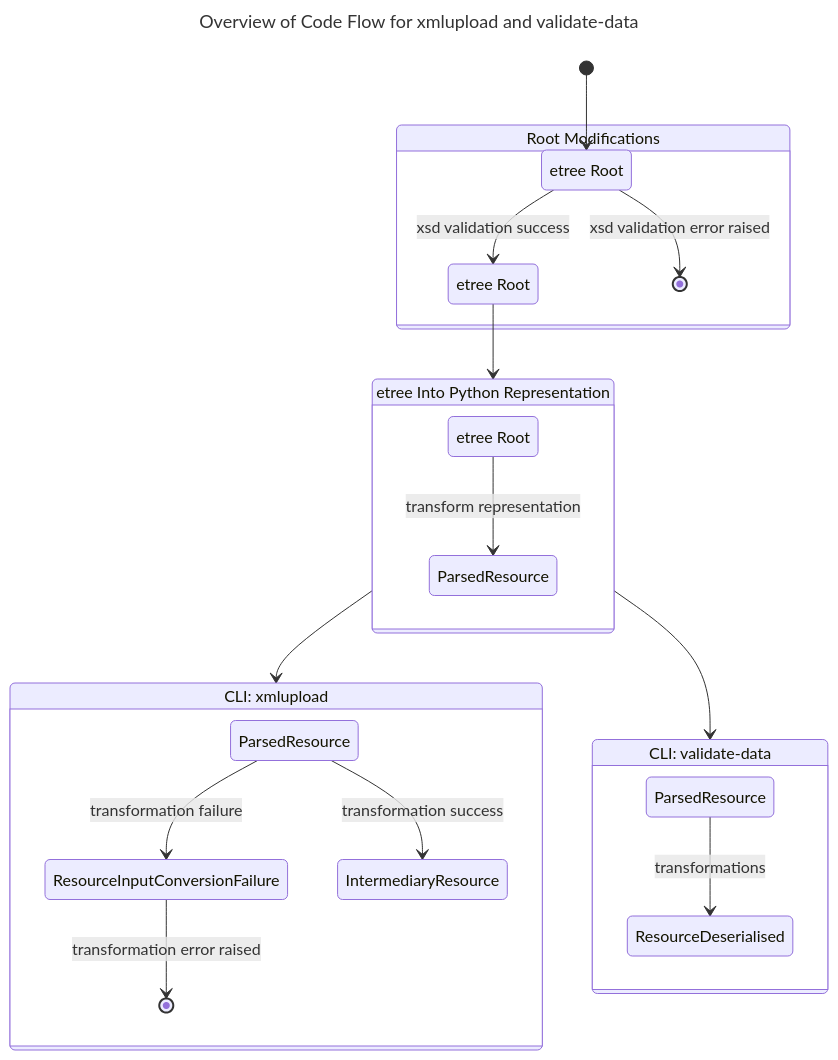
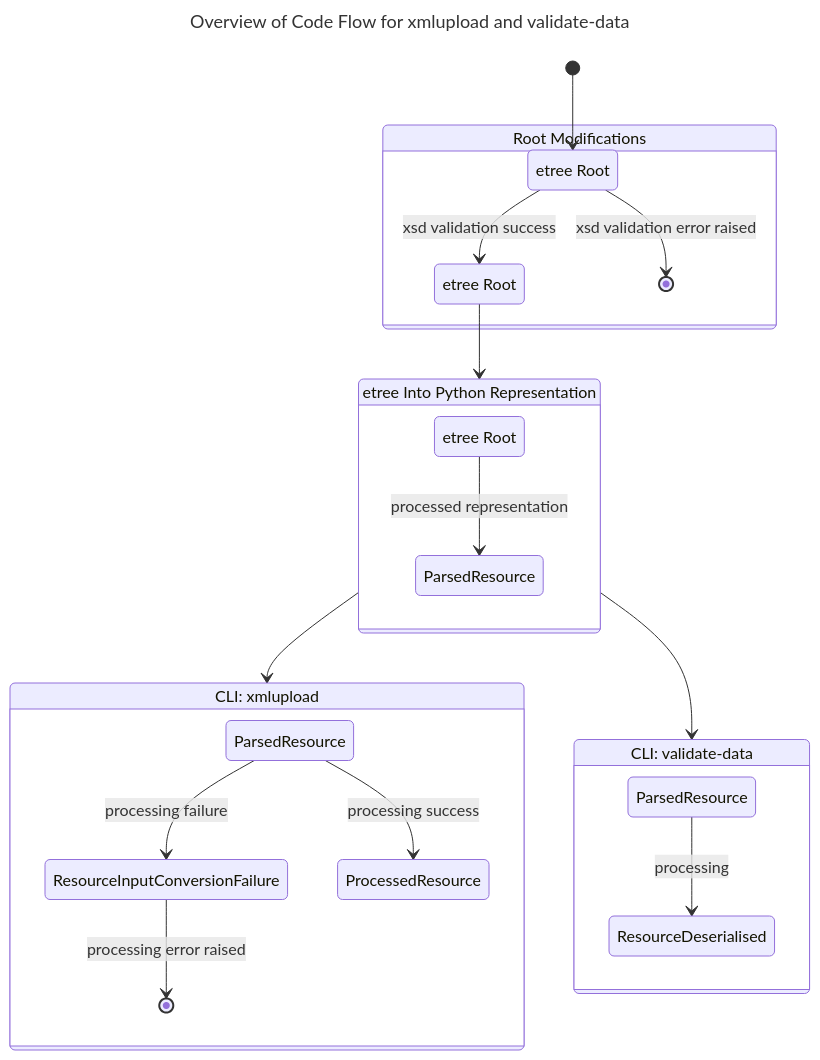
One commit to dasch-swiss/dsp-tools changed the first of 3 diagrams in docs/developers/architecture.md. Above: the diagram before and after it, drawn with Mermaid. The commit also changed other lines of this file and 37 other files, not shown here.

Commit message:
refactor(xmlupload): rename `IntermediaryResource` into `ProcessedResource` (DEV-4816) (#1653)

````diff
--- a/docs/developers/architecture.md
+++ b/docs/developers/architecture.md
@@ -7,38 +7,38 @@
 ```mermaid
 ---
 title: Overview of Code Flow for xmlupload and validate-data
 ---
 stateDiagram-v2
 
 state "etree Root" as eroot1
 state "etree Root" as eroot2
 state "etree Root" as eroot3
 state "Root Modifications" as rootwork
 state "etree Into Python Representation" as pywork
-state "CLI: xmlupload" as transform
+state "CLI: xmlupload" as processed
 state "ParsedResource" as parsedres1
 state "ParsedResource" as parsedres2
 state "ParsedResource" as parsedres3
-state "IntermediaryResource" as intermediaryres
+state "ProcessedResource" as Processedres
 state "CLI: validate-data" as valdata
 
 [*]-->eroot1
 state rootwork {
     eroot1-->eroot2: xsd validation success
     eroot1-->[*]: xsd validation error raised
 }
 eroot2-->pywork
 state pywork {
-    eroot3-->parsedres1: transform representation
+    eroot3-->parsedres1: processed representation
 }
-pywork-->transform
-state transform {
-    ResourceInputConversionFailure-->[*]: transformation error raised
-    parsedres2-->intermediaryres: transformation success
-    parsedres2-->ResourceInputConversionFailure: transformation failure
+pywork-->processed
+state processed {
+    ResourceInputConversionFailure-->[*]: processing error raised
+    parsedres2-->Processedres: processing success
+    parsedres2-->ResourceInputConversionFailure: processing failure
 }
 pywork-->valdata
 state valdata {
-    parsedres3-->ResourceDeserialised: transformations
+    parsedres3-->ResourceDeserialised: processing
 }
 ```
````
